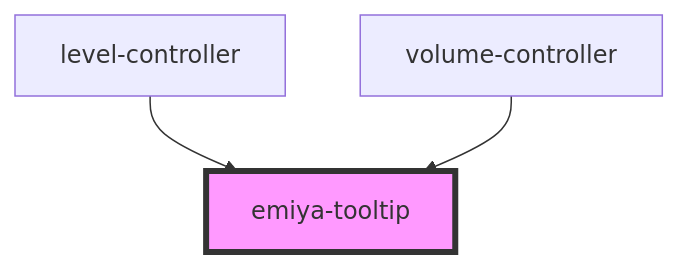
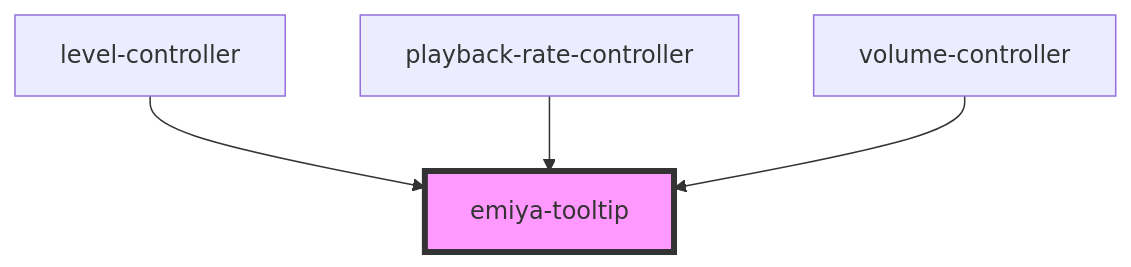
One commit to emiyalee1005/emiya-video changed the diagram in src/components/emiya-tooltip/readme.md. Above: the diagram before and after it, drawn with Mermaid. The commit also changed other lines of this file and 5 other files, not shown here.

````diff
--- a/src/components/emiya-tooltip/readme.md
+++ b/src/components/emiya-tooltip/readme.md
@@ -25,6 +26,7 @@
 ```mermaid
 graph TD;
   level-controller --> emiya-tooltip
+  playback-rate-controller --> emiya-tooltip
   volume-controller --> emiya-tooltip
   style emiya-tooltip fill:#f9f,stroke:#333,stroke-width:4px
 ```
````
